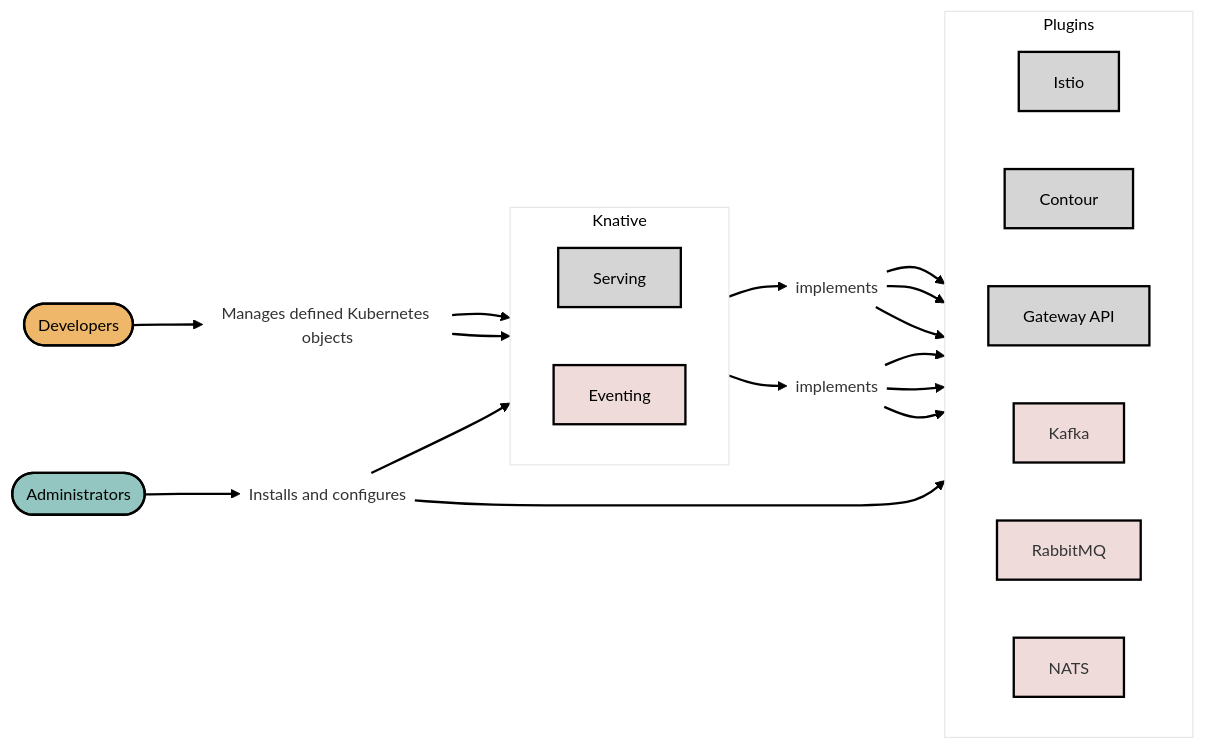
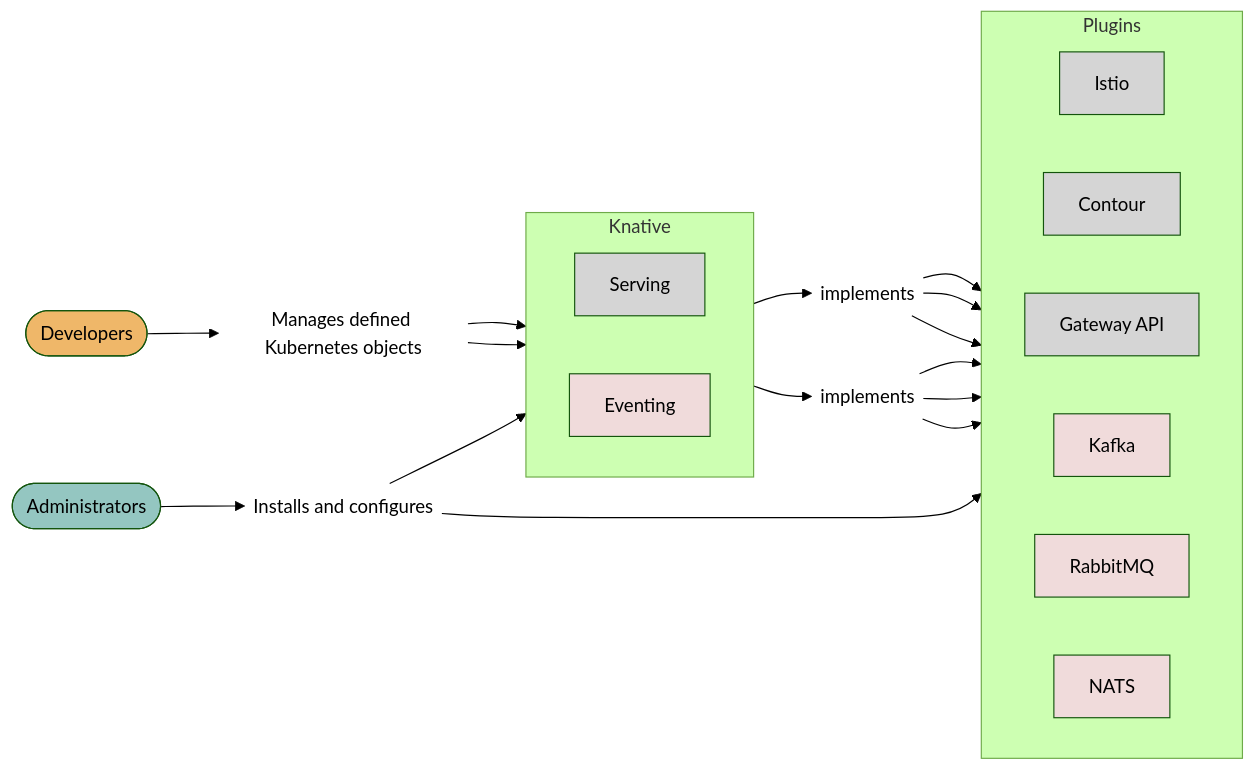
One commit to knative/docs changed the diagram in docs/versioned/admin/admin-overview.md. Above: the diagram before and after it, drawn with Mermaid.

Commit message:
Update admin-overview.md
mermaid testing

````diff
--- a/docs/versioned/admin/admin-overview.md
+++ b/docs/versioned/admin/admin-overview.md
@@ -12,45 +12,45 @@
 ```mermaid
 ---
 config:
-  theme: neo
+  theme: forest
   layout: dagre
   look: classic
 ---
 flowchart LR
  subgraph Knative["Knative"]
     direction LR
         Serving["Serving"]
         Eventing["Eventing"]
   end
  subgraph Plugins["Plugins"]
     direction LR
         net-istio["Istio"]
         net-contour["Contour"]
         net-gateway-api["Gateway API"]
         event-kafka["Kafka"]
         event-rabbitmq["RabbitMQ"]
         event-nats["NATS"]
   end
     Dev(["Developers"]) --> dev-acts["Manages defined Kubernetes objects"]
     dev-acts --> Serving & Eventing
     Admin(["Administrators"]) --> admin-acts["Installs and configures"]
     admin-acts --> Knative & Plugins
     Serving --> net-impl["implements"]
     net-impl --> net-istio & net-contour & net-gateway-api
     Eventing --> event-impl["implements"]
     event-impl --> event-kafka & event-rabbitmq & event-nats
     dev-acts@{ shape: text}
     admin-acts@{ shape: text}
     net-impl@{ shape: text}
     event-impl@{ shape: text}
     style Serving fill:#D5D5D5,color:#000000
     style Eventing fill:#F0DBDB,color:#000000
     style net-istio fill:#D5D5D5,color:#000000
     style net-contour fill:#D5D5D5,color:#000000
     style net-gateway-api fill:#D5D5D5,color:#000000
     style event-kafka fill:#F0DBDB
     style event-rabbitmq fill:#F0DBDB
     style event-nats fill:#F0DBDB
     style Dev fill:#EFB769,color:#000000
     style Admin fill:#94C6C1,color:#000000
 ```
````
